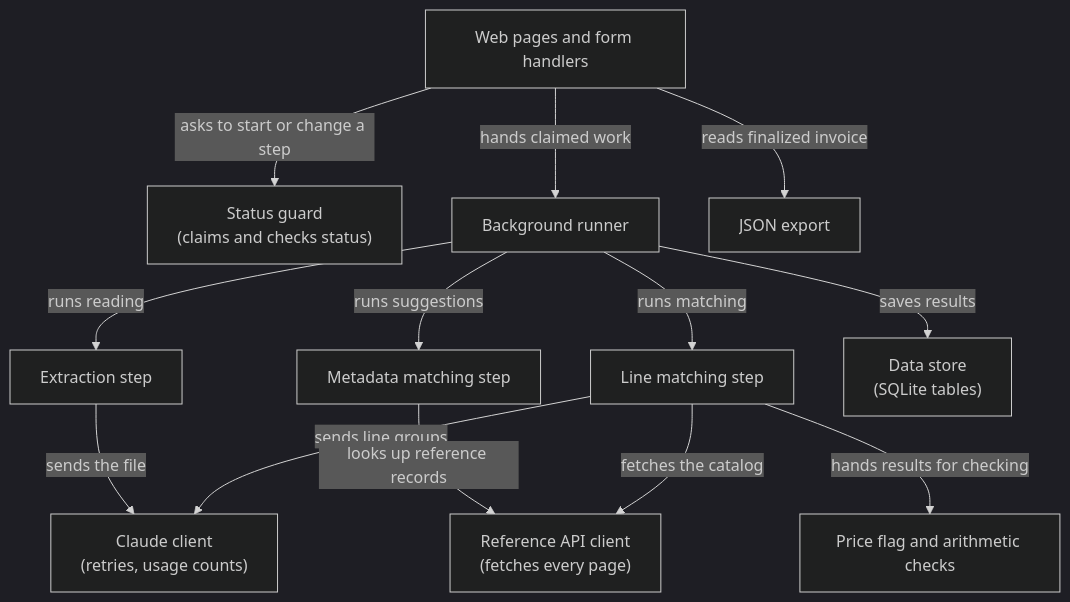
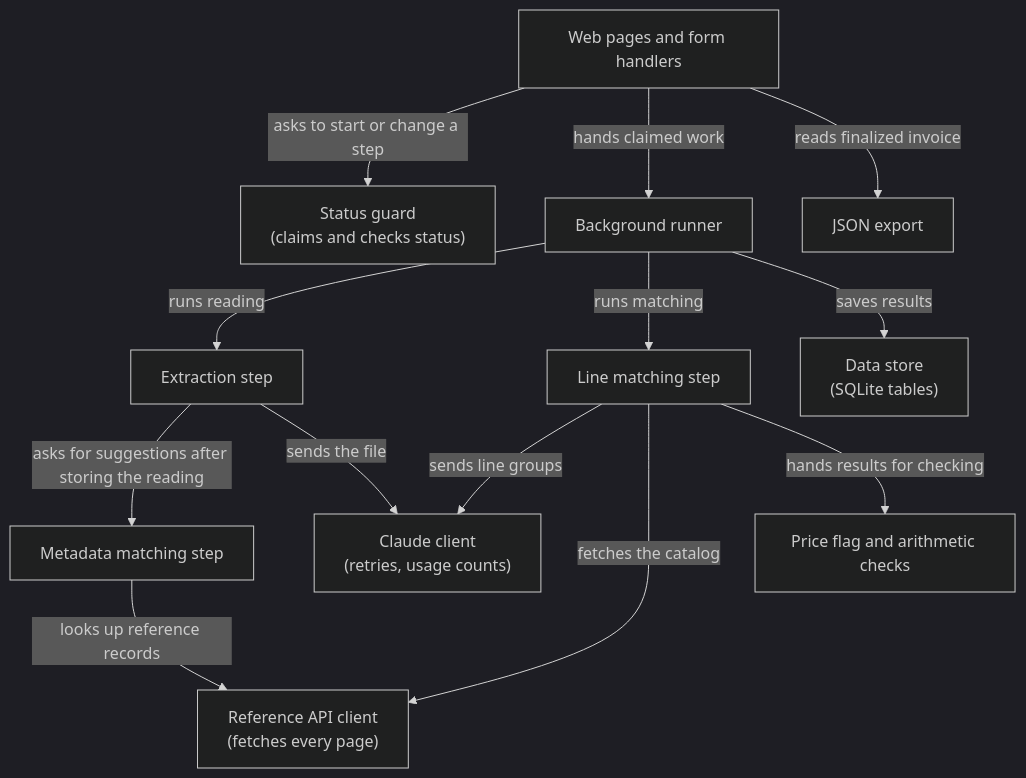
One commit to lucycchi/ai-invoice-ingestion-platform changed the second of 14 diagrams in docs/ARCHITECTURE.md. Above: the diagram before and after it, drawn with Mermaid (dark theme). The commit also changed other lines of this file and 2 other files, not shown here.

First line of the commit message:
docs: README and architecture brought up to date after the milestone 4 reviews

````diff
--- a/docs/ARCHITECTURE.md
+++ b/docs/ARCHITECTURE.md
@@ -75,27 +75,27 @@
 ```mermaid
 flowchart TB
     pages["Web pages and form handlers"]
     status["Status guard<br/>(claims and checks status)"]
     runner["Background runner"]
     extract["Extraction step"]
     meta["Metadata matching step"]
     lines["Line matching step"]
     flags["Price flag and arithmetic checks"]
     export["JSON export"]
     refclient["Reference API client<br/>(fetches every page)"]
     claudeclient["Claude client<br/>(retries, usage counts)"]
     store["Data store<br/>(SQLite tables)"]
 
     pages -->|"asks to start or change a step"| status
     pages -->|"hands claimed work"| runner
     runner -->|"runs reading"| extract
-    runner -->|"runs suggestions"| meta
+    extract -->|"asks for suggestions after storing the reading"| meta
     runner -->|"runs matching"| lines
     extract -->|"sends the file"| claudeclient
     lines -->|"sends line groups"| claudeclient
     meta -->|"looks up reference records"| refclient
     lines -->|"fetches the catalog"| refclient
     lines -->|"hands results for checking"| flags
     pages -->|"reads finalized invoice"| export
     runner -->|"saves results"| store
 ```
````
